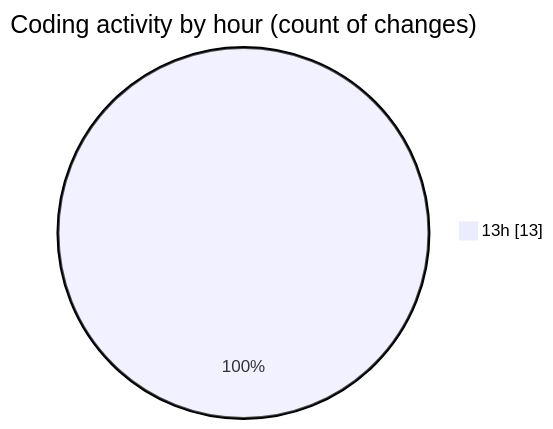
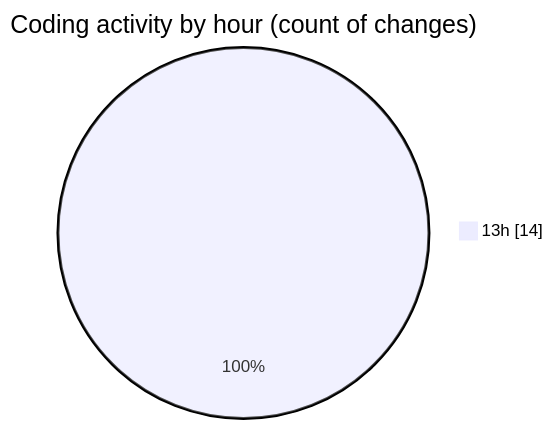
One commit to Ritupan-Deka/code-tracking changed the second of 2 diagrams in 2025-04-27/portfolio/README.md. Above: the diagram before and after it, drawn with Mermaid. The commit also changed other lines of this file and 1 other file, not shown here.

````diff
--- a/2025-04-27/portfolio/README.md
+++ b/2025-04-27/portfolio/README.md
@@ -30,5 +30,5 @@
 ```mermaid
 pie showData
 title Coding activity by hour (count of changes)
-"13h" : 13
+"13h" : 14
 ```
````
